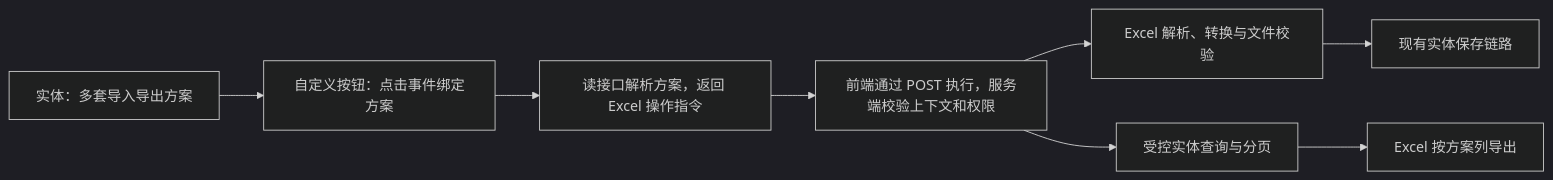
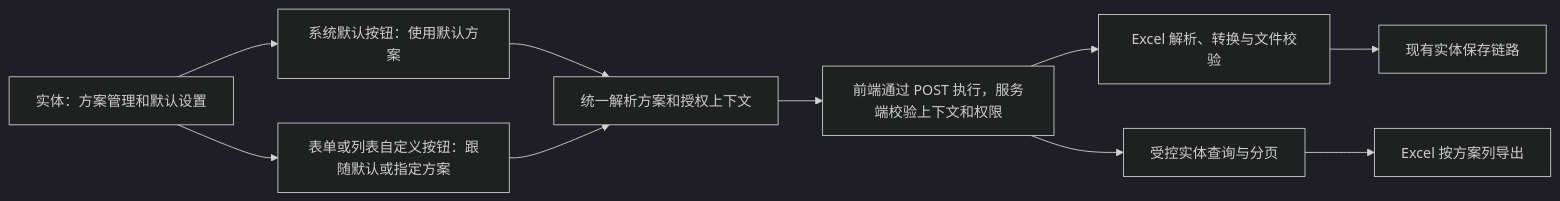
Before and after one commit to benbenbingbing/flow: the first of 2 diagrams in workflow-server/workflow-integration/workflow-excel/docs/entity-excel-import-export-design.md, drawn with Mermaid (dark theme). The commit also changed other lines of this file and 412 other files, not shown here.

````diff
--- a/workflow-server/workflow-integration/workflow-excel/docs/entity-excel-import-export-design.md
+++ b/workflow-server/workflow-integration/workflow-excel/docs/entity-excel-import-export-design.md
@@ -17,10 +19,12 @@
 ```mermaid
 flowchart LR
-    E[实体：多套导入导出方案] --> F[自定义按钮：点击事件绑定方案]
-    F --> P[读接口解析方案，返回 Excel 操作指令]
+    E[实体：方案管理和默认设置] --> D[系统默认按钮：使用默认方案]
+    E --> F[表单或列表自定义按钮：跟随默认或指定方案]
+    D --> P[统一解析方案和授权上下文]
+    F --> P
     P --> R[前端通过 POST 执行，服务端校验上下文和权限]
     R --> I[Excel 解析、转换与文件校验]
     I --> S[现有实体保存链路]
     R --> Q[受控实体查询与分页]
     Q --> W[Excel 按方案列导出]
 ```
````
